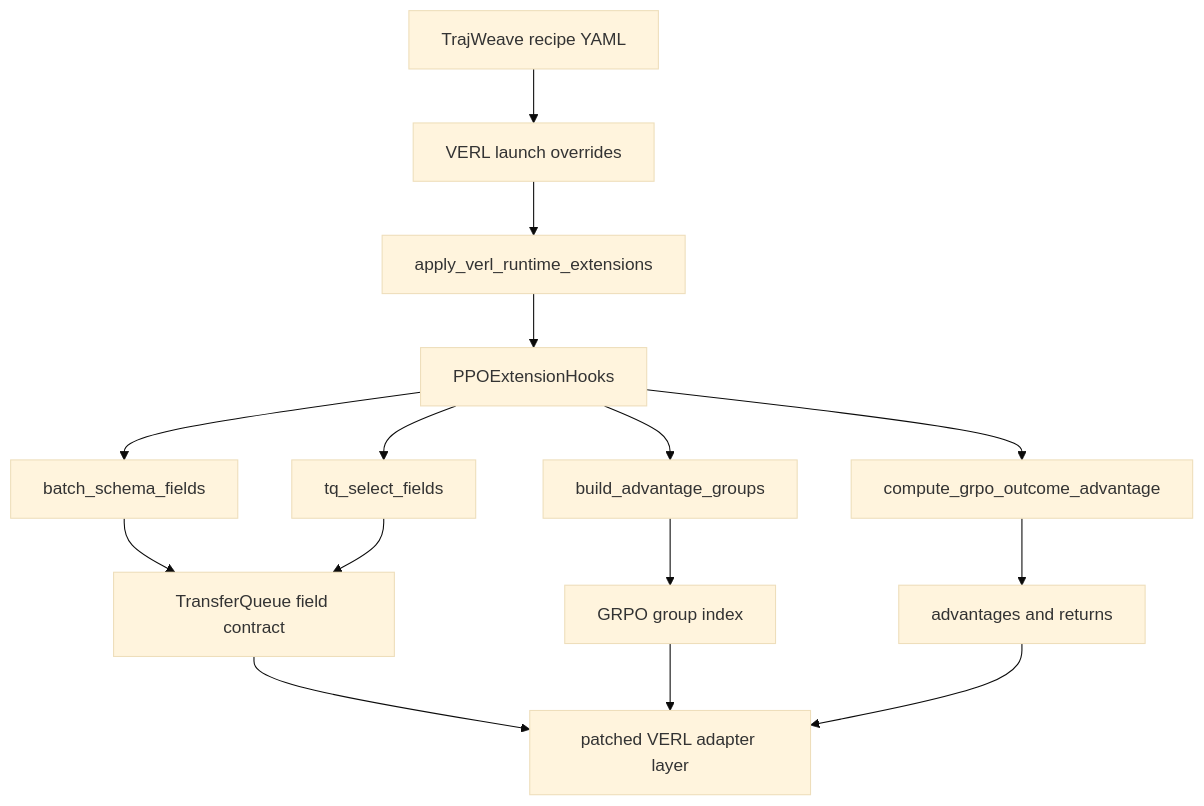
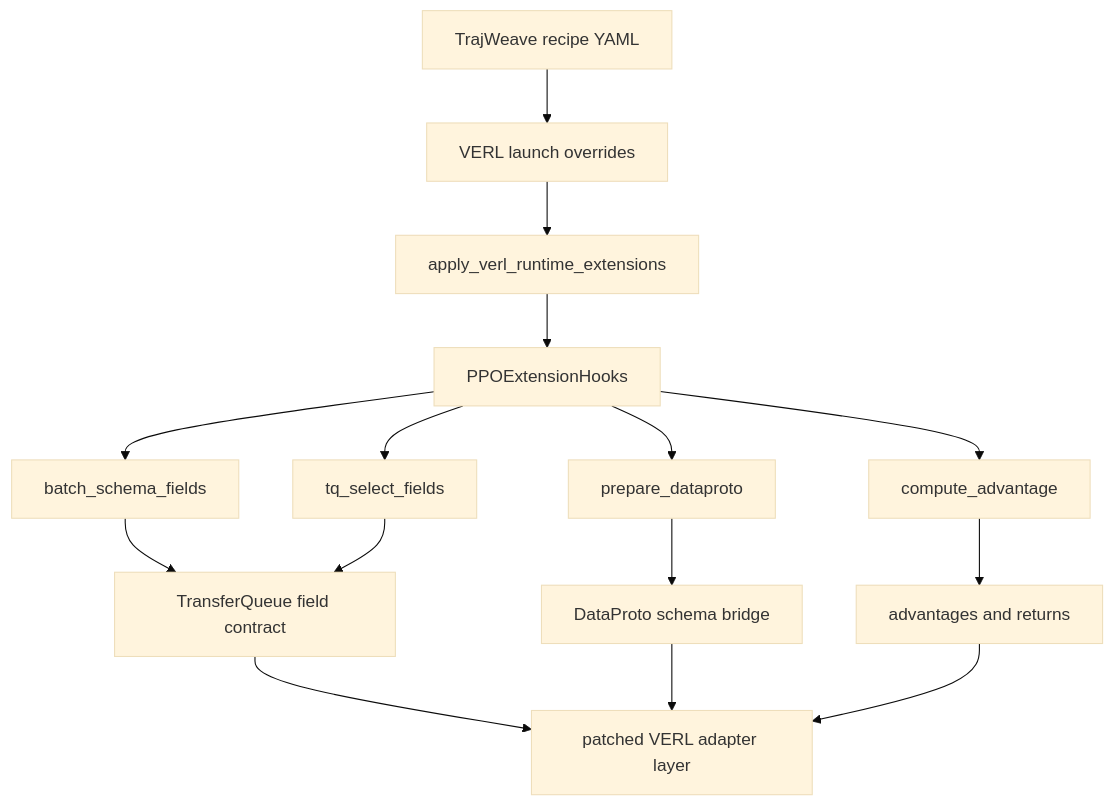
Before and after one commit to OpenDCAI/TrajWeave: the fourth of 4 diagrams in docs/trajweave-mas-layer.md, drawn with Mermaid (base theme). The commit also changed other lines of this file and 27 other files, not shown here.

````diff
--- a/docs/trajweave-mas-layer.md
+++ b/docs/trajweave-mas-layer.md
@@ -177,17 +180,17 @@
 ```mermaid
 flowchart TD
     A[TrajWeave recipe YAML] --> B[VERL launch overrides]
     B --> C[apply_verl_runtime_extensions]
     C --> D[PPOExtensionHooks]
     D --> E[batch_schema_fields]
     D --> F[tq_select_fields]
-    D --> G[build_advantage_groups]
-    D --> H[compute_grpo_outcome_advantage]
+    D --> G[prepare_dataproto]
+    D --> H[compute_advantage]
     E --> I[TransferQueue field contract]
     F --> I
-    G --> J[GRPO group index]
+    G --> J[DataProto schema bridge]
     H --> K[advantages and returns]
     I --> L[patched VERL adapter layer]
     J --> L
     K --> L
 ```
````
